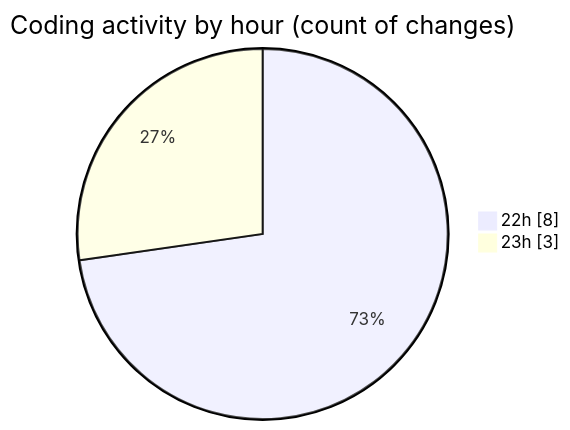
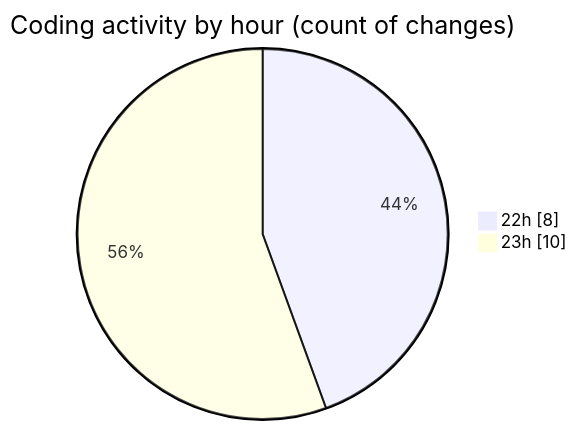
One commit to hasnaa123/code-tracking changed the second of 2 diagrams in 2026-03-03/student_performance_system/README.md. Above: the diagram before and after it, drawn with Mermaid. The commit also changed other lines of this file and 1 other file, not shown here.

````diff
--- a/2026-03-03/student_performance_system/README.md
+++ b/2026-03-03/student_performance_system/README.md
@@ -28,6 +28,6 @@
 ```mermaid
 pie showData
 title Coding activity by hour (count of changes)
 "22h" : 8
-"23h" : 3
+"23h" : 10
 ```
````
